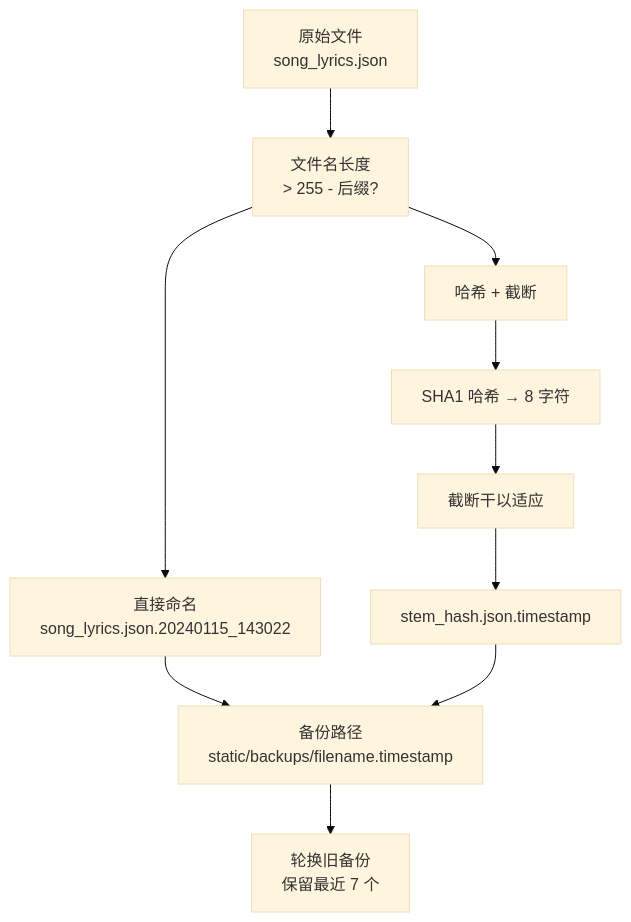
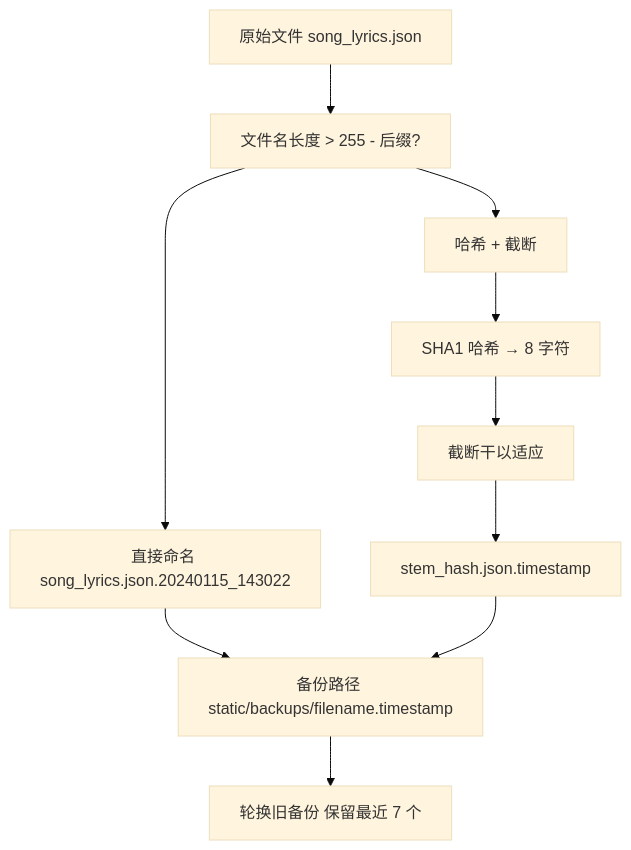
One commit to HKLHaoBin/LyricSphere changed diagram 26 of 44 in README.md. Above: the diagram before and after it, drawn with Mermaid (base theme). The commit also changed other lines of this file, not shown here.

Commit message:
docs: 更新README中的流程图文本格式

````diff
--- a/README.md
+++ b/README.md
@@ -2655,22 +2655,22 @@
 ```mermaid
 flowchart TD
-    OriginalFile["原始文件\nsong_lyrics.json"]
-    CheckLength["文件名长度\n> 255 - 后缀?"]
-    UseDirect["直接命名\nsong_lyrics.json.20240115_143022"]
+    OriginalFile["原始文件 song_lyrics.json"]
+    CheckLength["文件名长度 > 255 - 后缀?"]
+    UseDirect["直接命名 song_lyrics.json.20240115_143022"]
     HashAndTruncate["哈希 + 截断"]
     ComputeHash["SHA1 哈希 → 8 字符"]
     TruncateStem["截断干以适应"]
     BuildName["stem_hash.json.timestamp"]
-    BackupPath["备份路径\nstatic/backups/filename.timestamp"]
-    RotateOld["轮换旧备份\n保留最近 7 个"]
+    BackupPath["备份路径 static/backups/filename.timestamp"]
+    RotateOld["轮换旧备份 保留最近 7 个"]
 
     OriginalFile --> CheckLength
     CheckLength --> UseDirect
     CheckLength --> HashAndTruncate
     HashAndTruncate --> ComputeHash
     ComputeHash --> TruncateStem
     TruncateStem --> BuildName
     UseDirect --> BackupPath
     BuildName --> BackupPath
     BackupPath --> RotateOld
 ```
````
